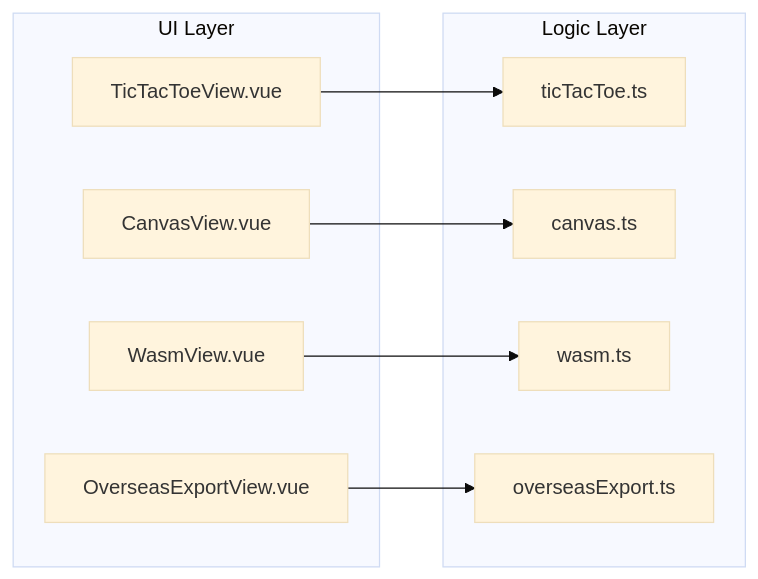
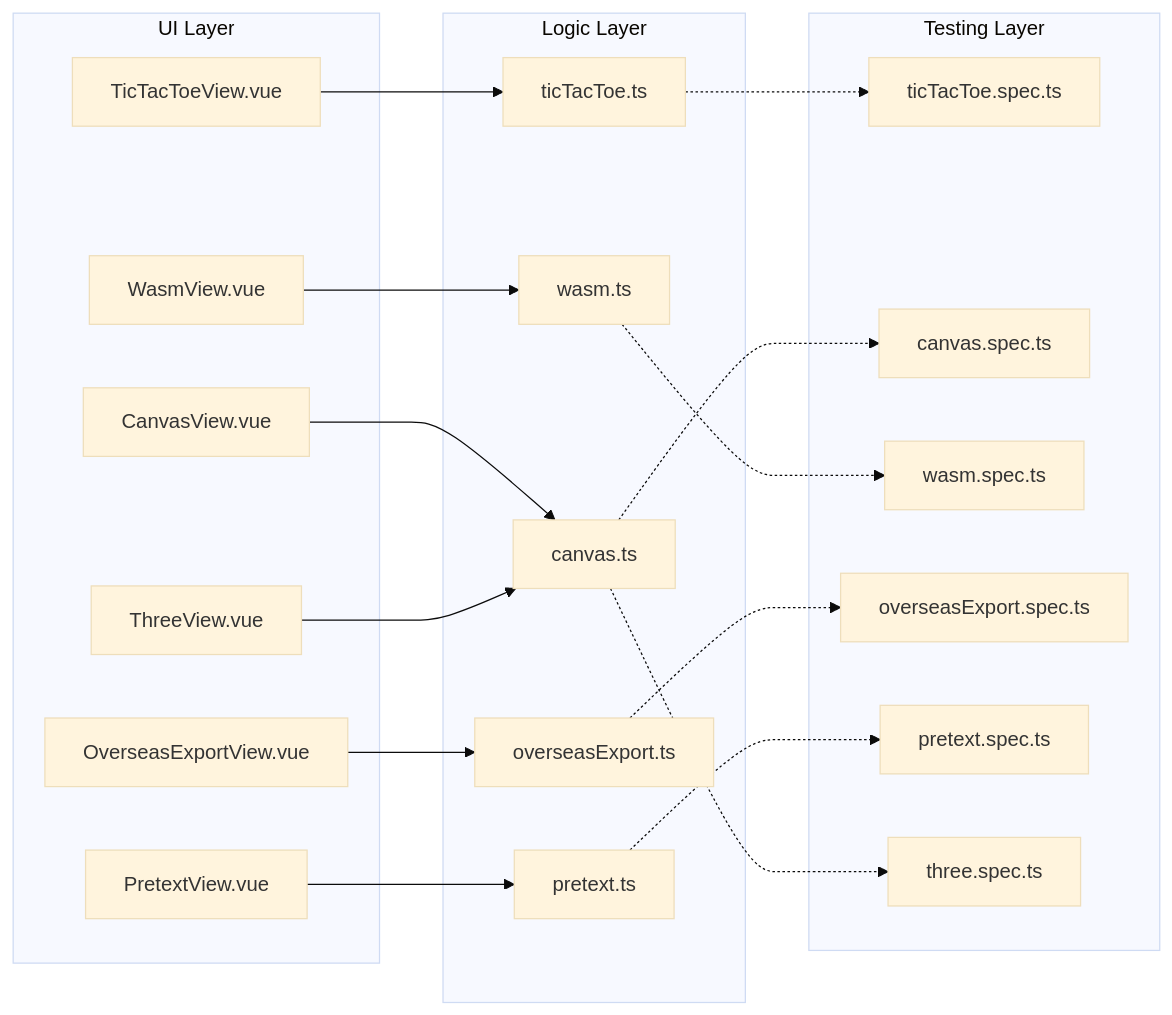
The second of 9 diagrams in .qoder/repowiki/en/content/Interactive Applications/Interactive Applications.md (adminfyy/adminfyy.github.io), drawn with Mermaid (base theme) before and after one commit. The commit also changed other lines of this file and 34 other files, not shown here.

````diff
--- a/.qoder/repowiki/en/content/Interactive Applications/Interactive Applications.md
+++ b/.qoder/repowiki/en/content/Interactive Applications/Interactive Applications.md
@@ -96,19 +119,38 @@
 ```mermaid
 graph LR
 subgraph "UI Layer"
 V_TTT["TicTacToeView.vue"]
 V_CANV["CanvasView.vue"]
 V_WASM["WasmView.vue"]
 V_EXP["OverseasExportView.vue"]
+V_PRETEXT["PretextView.vue"]
+V_THREE["ThreeView.vue"]
 end
 subgraph "Logic Layer"
 U_TTT["ticTacToe.ts"]
 U_CANV["canvas.ts"]
 U_WASM["wasm.ts"]
 U_EXP["overseasExport.ts"]
+U_PRETEXT["pretext.ts"]
+end
+subgraph "Testing Layer"
+T_TTT["ticTacToe.spec.ts"]
+T_CANV["canvas.spec.ts"]
+T_WASM["wasm.spec.ts"]
+T_EXP["overseasExport.spec.ts"]
+T_PRETEXT["pretext.spec.ts"]
+T_THREE["three.spec.ts"]
 end
 V_TTT --> U_TTT
 V_CANV --> U_CANV
 V_WASM --> U_WASM
 V_EXP --> U_EXP
+V_PRETEXT --> U_PRETEXT
+V_THREE --> U_CANV
+U_CANV -.-> T_CANV
+U_WASM -.-> T_WASM
+U_PRETEXT -.-> T_PRETEXT
+U_TTT -.-> T_TTT
+U_EXP -.-> T_EXP
+U_CANV -.-> T_THREE
 ```
````
